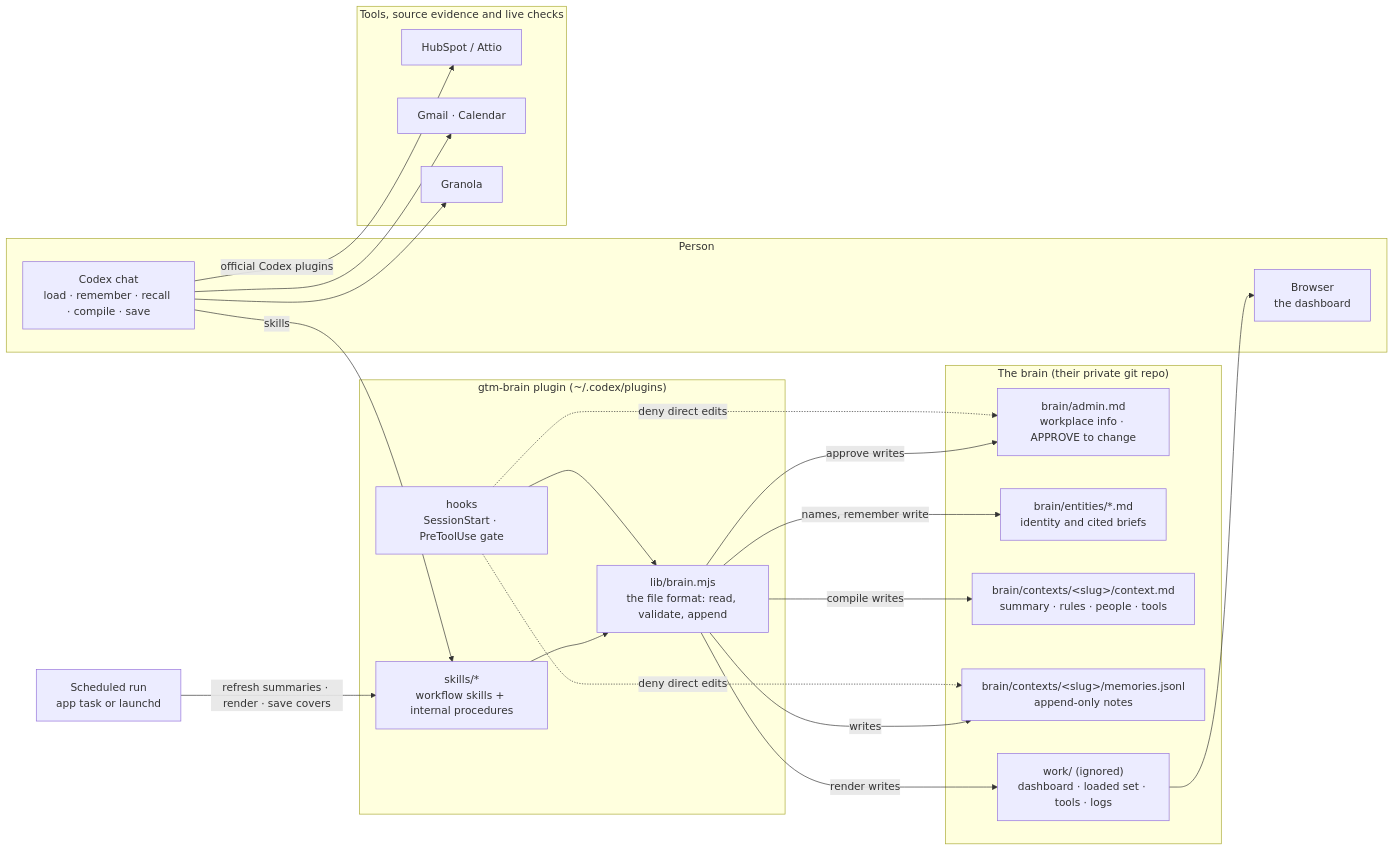
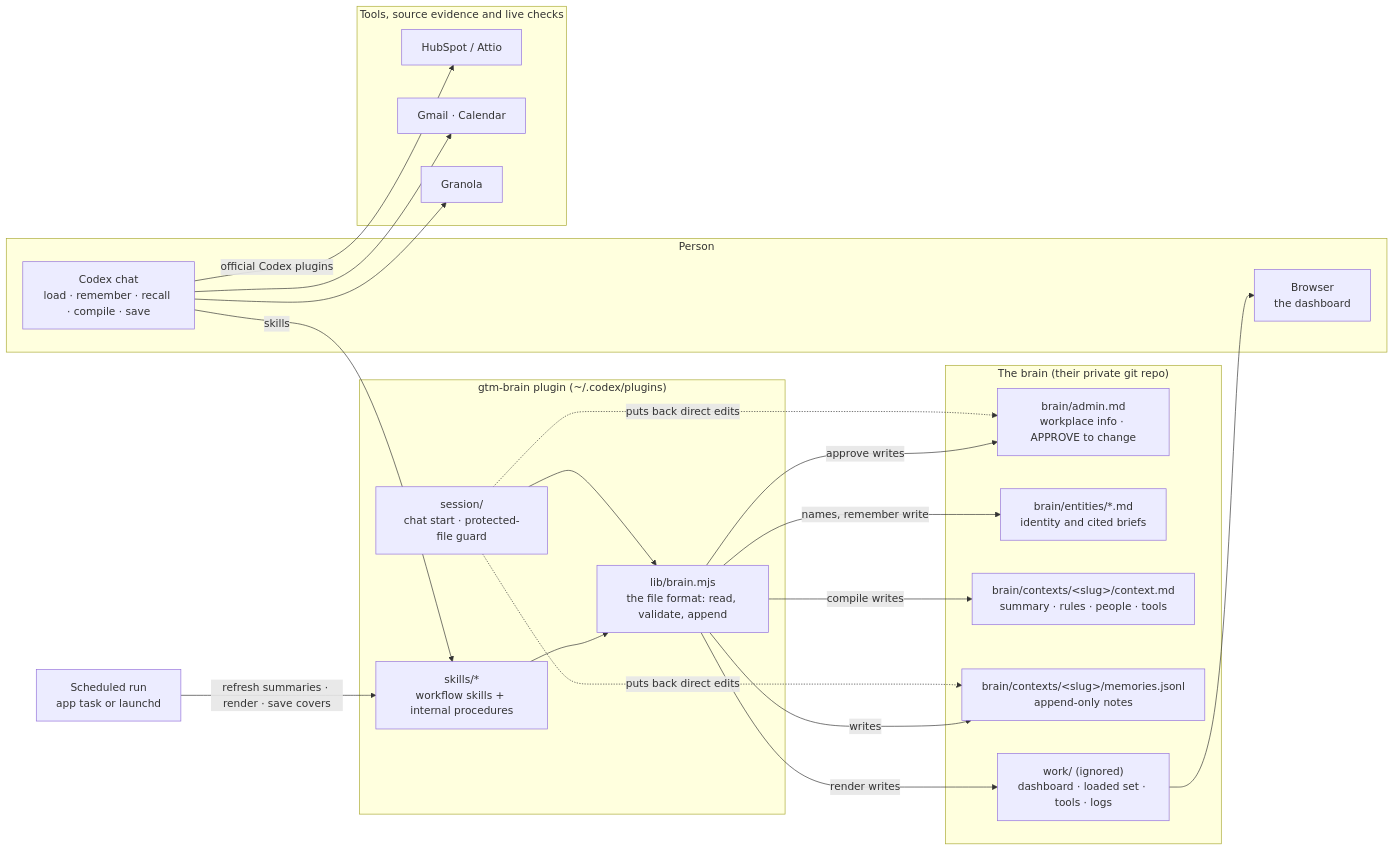
Before and after one commit to gtm-week/gtm-brain: the first of 2 diagrams in CONTRIBUTING.md, drawn with Mermaid. The commit also changed other lines of this file and 96 other files, not shown here.

````diff
--- a/CONTRIBUTING.md
+++ b/CONTRIBUTING.md
@@ -9,43 +9,43 @@
 ```mermaid
 flowchart LR
   subgraph person["Person"]
     chat["Codex chat<br/>load · remember · recall · compile · save"]
     browser["Browser<br/>the dashboard"]
   end
 
   subgraph plugin["gtm-brain plugin (~/.codex/plugins)"]
     skills["skills/*<br/>workflow skills + internal procedures"]
-    hooks["hooks<br/>SessionStart · PreToolUse gate"]
+    session["session/<br/>chat start · protected-file guard"]
     lib["lib/brain.mjs<br/>the file format: read, validate, append"]
     skills --> lib
-    hooks --> lib
+    session --> lib
   end
 
   subgraph brain["The brain (their private git repo)"]
     admin["brain/admin.md<br/>workplace info · APPROVE to change"]
     names["brain/entities/*.md<br/>identity and cited briefs"]
     ctx["brain/contexts/&lt;slug&gt;/context.md<br/>summary · rules · people · tools"]
     mem["brain/contexts/&lt;slug&gt;/memories.jsonl<br/>append-only notes"]
     work["work/ (ignored)<br/>dashboard · loaded set · tools · logs"]
   end
 
   subgraph tools["Tools, source evidence and live checks"]
     crm["HubSpot / Attio"]
     mail["Gmail · Calendar"]
     notes["Granola"]
   end
 
   chat -->|"skills"| skills
   lib -->|"writes"| mem
   lib -->|"compile writes"| ctx
   lib -->|"approve writes"| admin
   lib -->|"names, remember write"| names
   lib -->|"render writes"| work
   work --> browser
   chat -->|"official Codex plugins"| crm
   chat --> mail
   chat --> notes
   schedule["Scheduled run<br/>app task or launchd"] -->|"refresh summaries · render · save covers"| skills
-  hooks -.->|"deny direct edits"| admin
-  hooks -.->|"deny direct edits"| mem
+  session -.->|"puts back direct edits"| admin
+  session -.->|"puts back direct edits"| mem
 ```
````
